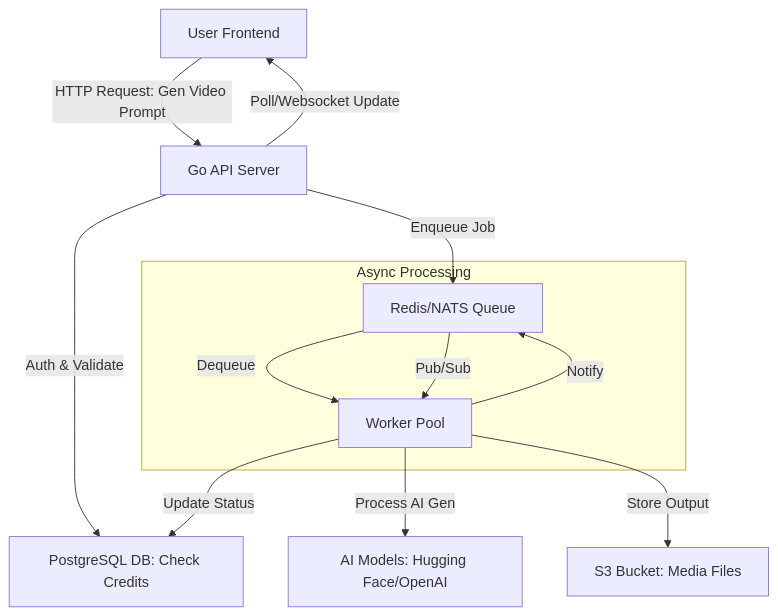
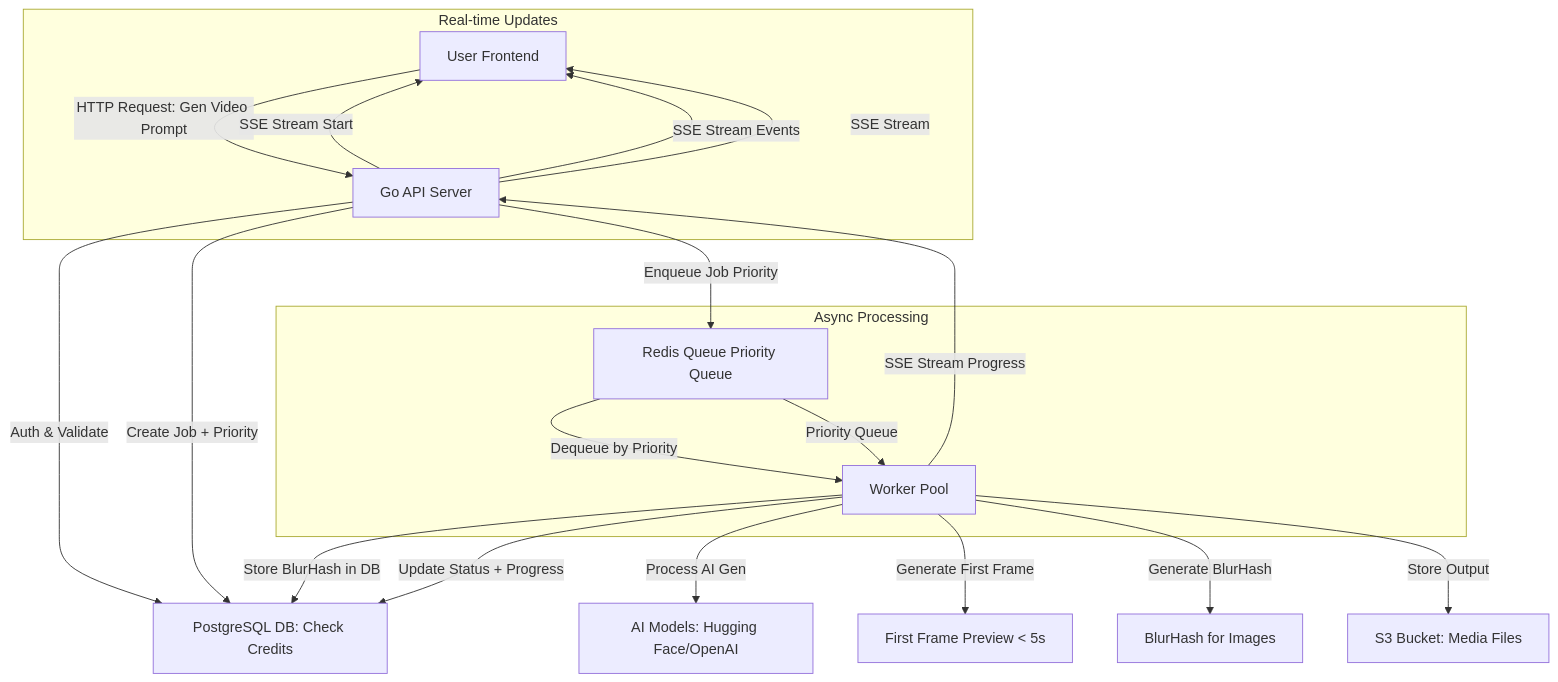
The diagram in docs/002-design/system-architecture.md (LeeTun2k2/nexus-pulse-ai-docs), drawn with Mermaid before and after one commit. The commit also changed other lines of this file and 6 other files, not shown here.

First line of the commit message:
docs(core): update system specs and schemas for MVP robustness

````diff
--- a/docs/002-design/system-architecture.md
+++ b/docs/002-design/system-architecture.md
@@ -22,15 +22,23 @@
 ```mermaid
 flowchart TD
     A[User Frontend] -->|HTTP Request: Gen Video Prompt| B[Go API Server]
     B -->|Auth & Validate| C[PostgreSQL DB: Check Credits]
-    B -->|Enqueue Job| D[Redis/NATS Queue]
-    D -->|Dequeue| E[Worker Pool]
+    B -->|Create Job + Priority| C
+    B -->|Enqueue Job Priority| D[Redis Queue Priority Queue]
+    B -->|SSE Stream Start| A
+    D -->|Dequeue by Priority| E[Worker Pool]
     E -->|Process AI Gen| F[AI Models: Hugging Face/OpenAI]
+    E -->|Generate First Frame| G1[First Frame Preview < 5s]
+    E -->|Generate BlurHash| G2[BlurHash for Images]
     E -->|Store Output| G[S3 Bucket: Media Files]
-    E -->|Update Status| C
-    E -->|Notify| D
-    B -->|Poll/Websocket Update| A
+    E -->|Store BlurHash in DB| C
+    E -->|Update Status + Progress| C
+    E -->|SSE Stream Progress| B
+    B -->|SSE Stream Events| A
     subgraph "Async Processing"
-        D -- Pub/Sub --> E
+        D -- Priority Queue --> E
+    end
+    subgraph "Real-time Updates"
+        B -- SSE Stream --> A
     end
 ```
````
